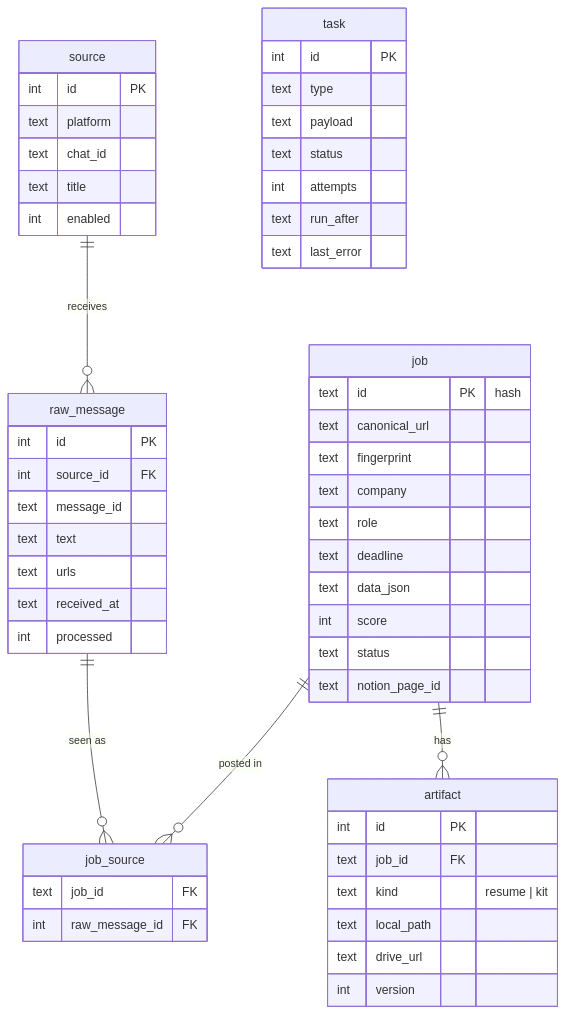
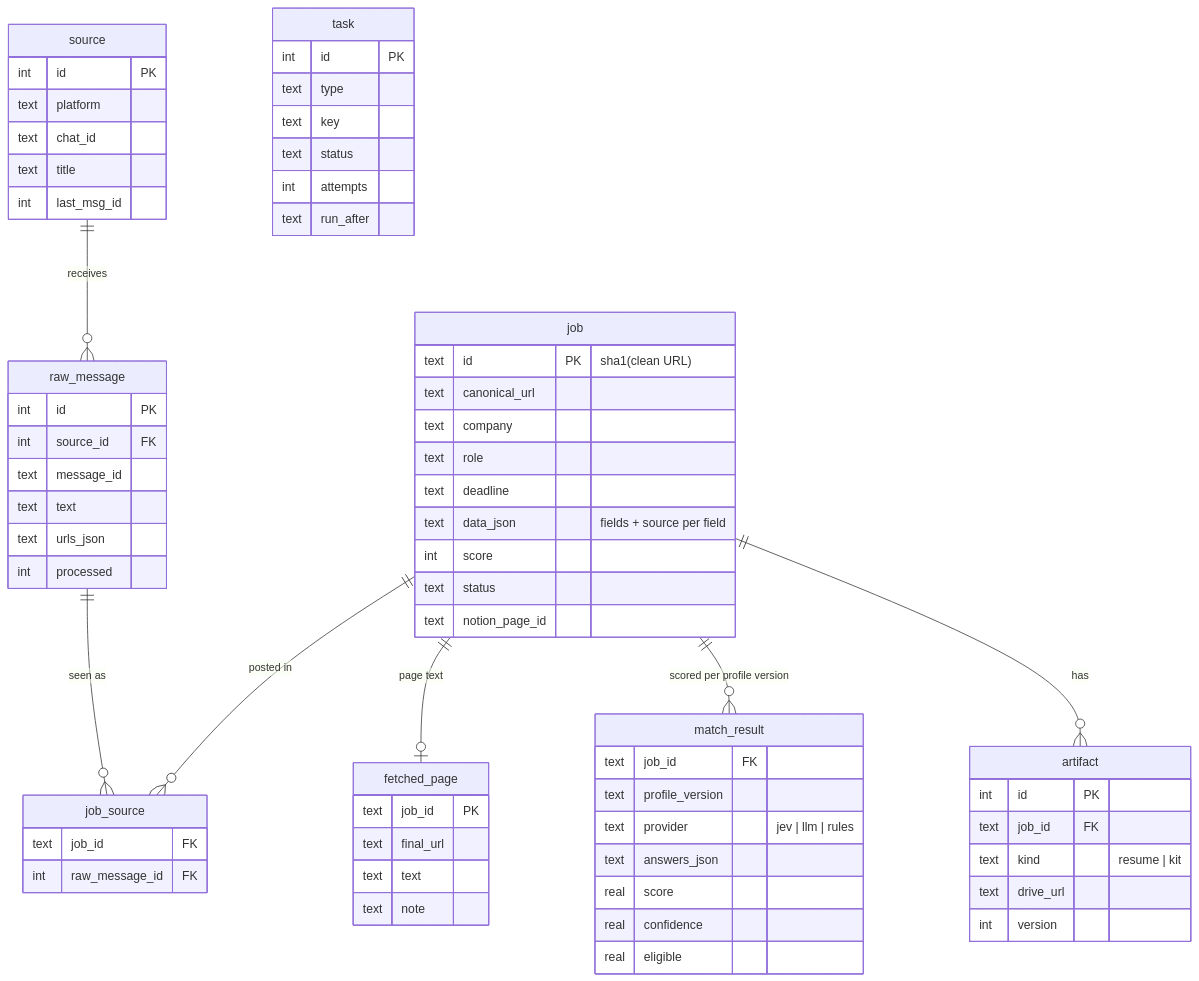
Before and after one commit to ThePlator/JobRadar: the third of 4 diagrams in docs/HLD.md, drawn with Mermaid. The commit also changed other lines of this file and 3 other files, not shown here.

````diff
--- a/docs/HLD.md
+++ b/docs/HLD.md
@@ -114,57 +148,70 @@
 ```mermaid
 erDiagram
     source ||--o{ raw_message : "receives"
     raw_message ||--o{ job_source : "seen as"
     job ||--o{ job_source : "posted in"
+    job ||--o| fetched_page : "page text"
+    job ||--o{ match_result : "scored per profile version"
     job ||--o{ artifact : "has"
 
     source {
         int id PK
         text platform
         text chat_id
         text title
-        int enabled
+        int last_msg_id
     }
     raw_message {
         int id PK
         int source_id FK
         text message_id
         text text
-        text urls
-        text received_at
+        text urls_json
         int processed
     }
     job {
-        text id PK "hash"
+        text id PK "sha1(clean URL)"
         text canonical_url
-        text fingerprint
         text company
         text role
         text deadline
-        text data_json
+        text data_json "fields + source per field"
         int score
         text status
         text notion_page_id
     }
     job_source {
         text job_id FK
         int raw_message_id FK
     }
+    fetched_page {
+        text job_id PK
+        text final_url
+        text text
+        text note
+    }
+    match_result {
+        text job_id FK
+        text profile_version
+        text provider "jev | llm | rules"
+        text answers_json
+        real score
+        real confidence
+        real eligible
+    }
     artifact {
         int id PK
         text job_id FK
         text kind "resume | kit"
-        text local_path
         text drive_url
         int version
     }
     task {
         int id PK
         text type
-        text payload
+        text key
         text status
         int attempts
         text run_after
-        text last_error
     }
 ```
````
